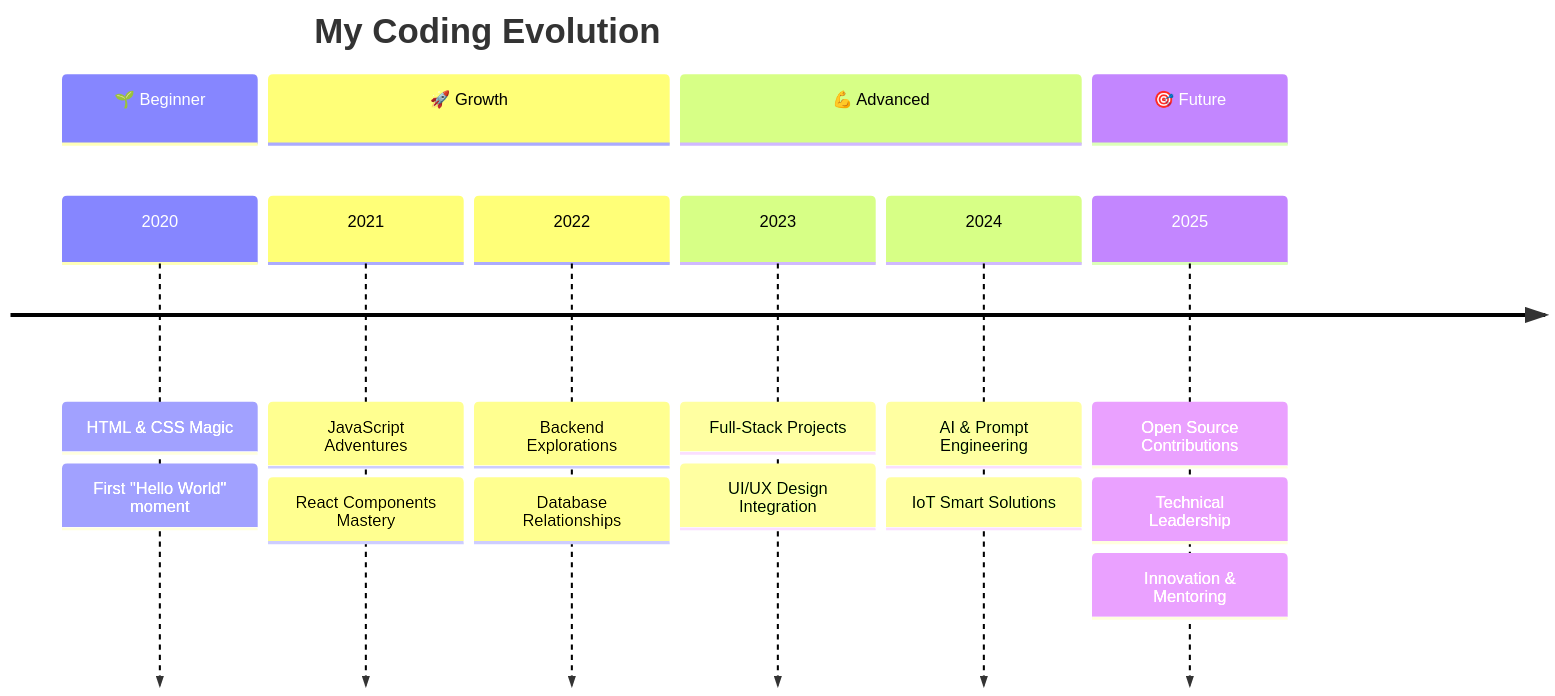
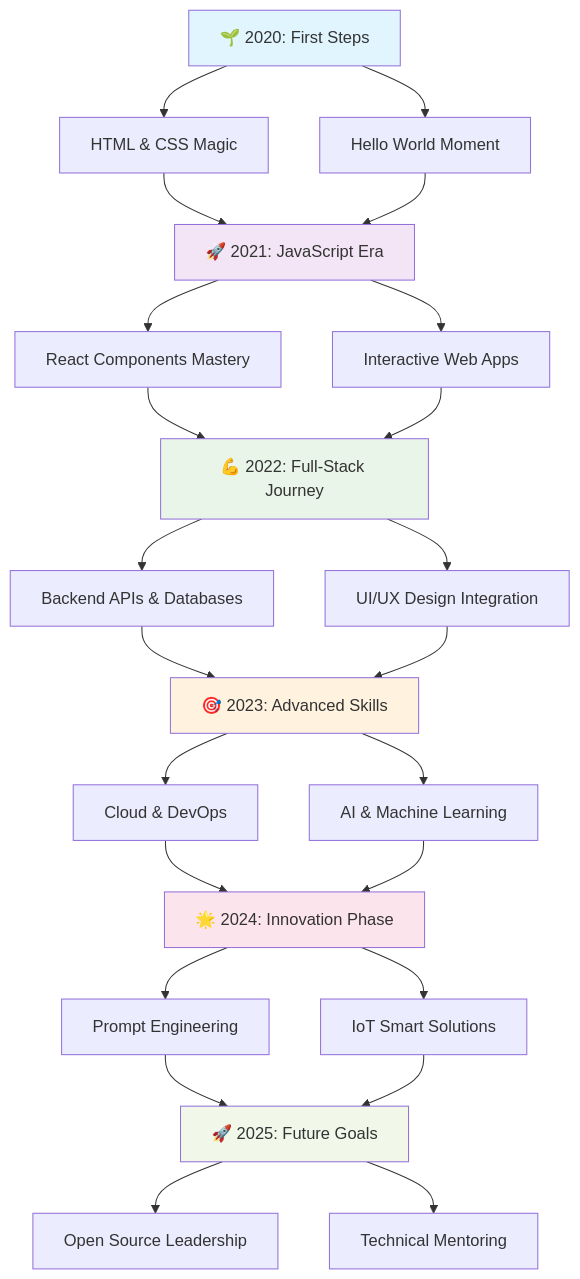
One commit to vj-vijeta/vj-vijeta changed the diagram in README.md. Above: the diagram before and after it, drawn with Mermaid. The commit also changed other lines of this file, not shown here.

````diff
--- a/README.md
+++ b/README.md
@@ -395,21 +416,37 @@
 ```mermaid
-timeline
-    title My Coding Evolution
-    section 🌱 Beginner
-        2020 : HTML & CSS Magic
-             : First "Hello World" moment
-    section 🚀 Growth
-        2021 : JavaScript Adventures
-             : React Components Mastery
-        2022 : Backend Explorations
-             : Database Relationships
-    section 💪 Advanced
-        2023 : Full-Stack Projects
-             : UI/UX Design Integration
-        2024 : AI & Prompt Engineering
-             : IoT Smart Solutions
-    section 🎯 Future
-        2025 : Open Source Contributions
-             : Technical Leadership
-             : Innovation & Mentoring
+flowchart TD
+    A[🌱 2020: First Steps] --> B[HTML & CSS Magic]
+    A --> C[Hello World Moment]
+    
+    B --> D[🚀 2021: JavaScript Era]
+    C --> D
+    D --> E[React Components Mastery]
+    D --> F[Interactive Web Apps]
+    
+    E --> G[💪 2022: Full-Stack Journey]
+    F --> G
+    G --> H[Backend APIs & Databases]
+    G --> I[UI/UX Design Integration]
+    
+    H --> J[🎯 2023: Advanced Skills]
+    I --> J
+    J --> K[Cloud & DevOps]
+    J --> L[AI & Machine Learning]
+    
+    K --> M[🌟 2024: Innovation Phase]
+    L --> M
+    M --> N[Prompt Engineering]
+    M --> O[IoT Smart Solutions]
+    
+    N --> P[🚀 2025: Future Goals]
+    O --> P
+    P --> Q[Open Source Leadership]
+    P --> R[Technical Mentoring]
+    
+    style A fill:#e1f5fe
+    style D fill:#f3e5f5
+    style G fill:#e8f5e8
+    style J fill:#fff3e0
+    style M fill:#fce4ec
+    style P fill:#f1f8e9
 ```
````
